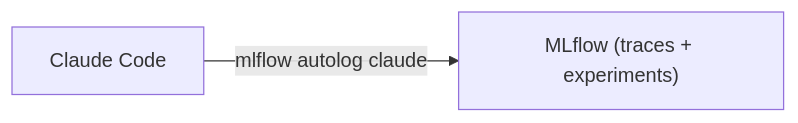
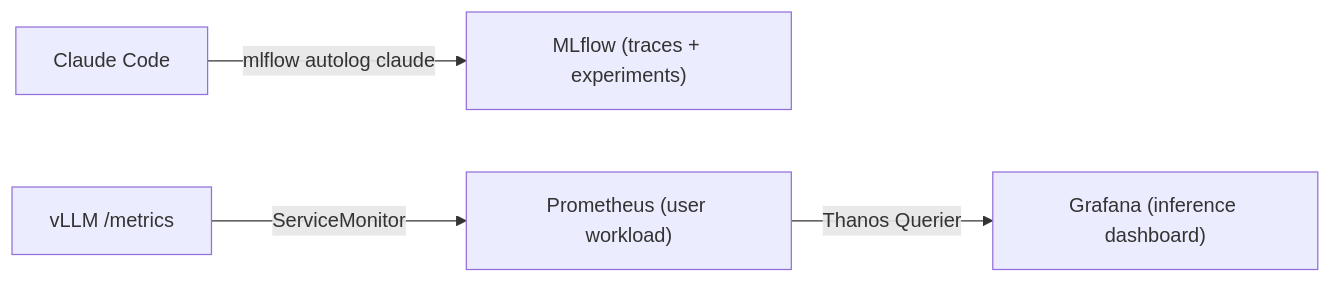
The sixth of 8 diagrams in docs/ARCHITECTURE.md (gsampaio-rh/claude-code-openshift), drawn with Mermaid before and after one commit. The commit also changed other lines of this file and 11 other files, not shown here.

First line of the commit message:
vLLM inference observability: Grafana + Prometheus user workload monitoring

````diff
--- a/docs/ARCHITECTURE.md
+++ b/docs/ARCHITECTURE.md
@@ -488,4 +488,6 @@
 ```mermaid
 flowchart LR
     Agent["Claude Code"] -->|"mlflow autolog claude"| MLflow["MLflow (traces + experiments)"]
+    vLLM["vLLM /metrics"] -->|"ServiceMonitor"| Prom["Prometheus (user workload)"]
+    Prom -->|"Thanos Querier"| Grafana["Grafana (inference dashboard)"]
 ```
````
